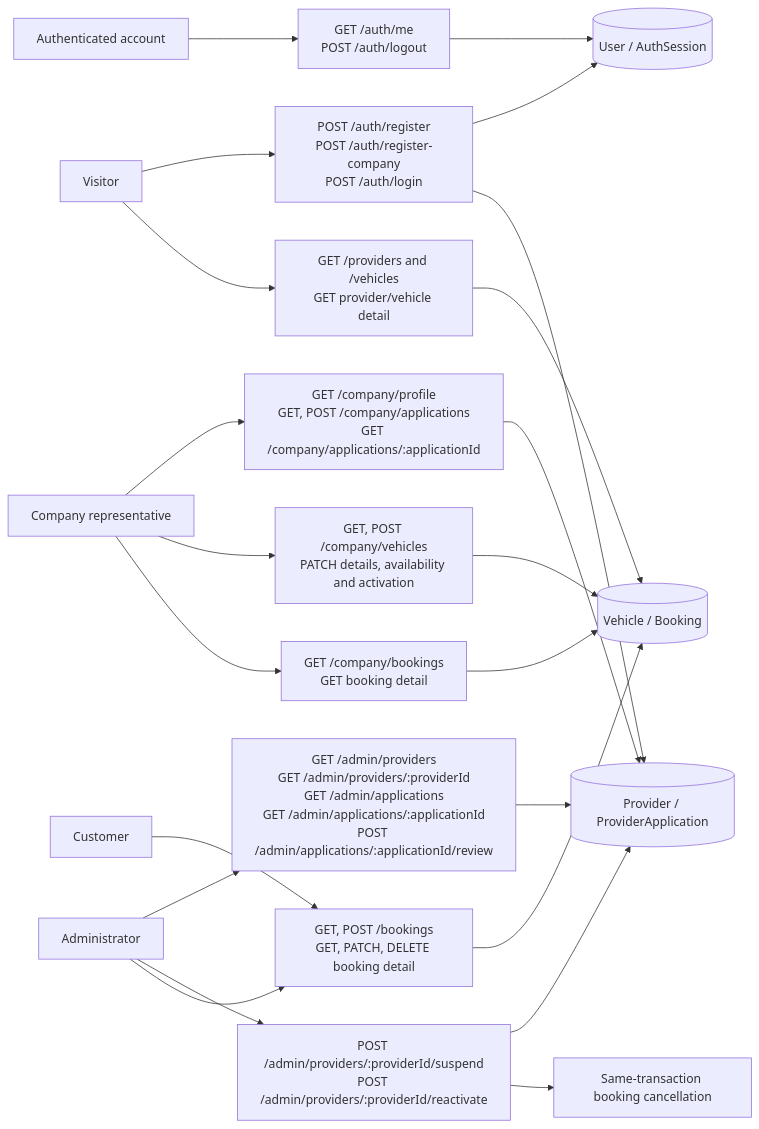
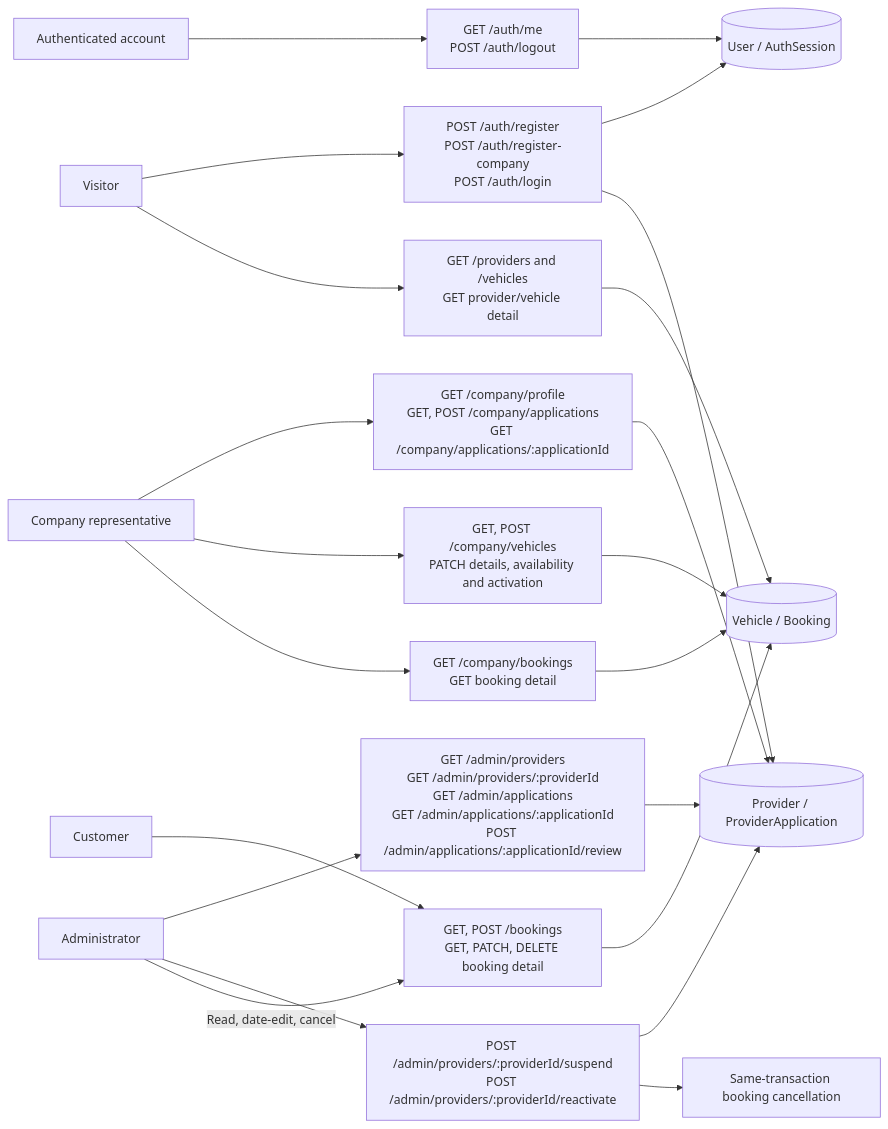
The diagram in docs/diagrams/api.md (kormuyang/swdevprac1-project-dobby), drawn with Mermaid before and after one commit. The commit also changed 6 other files, not shown here.

````diff
--- a/docs/diagrams/api.md
+++ b/docs/diagrams/api.md
@@ -5,24 +5,24 @@
 ```mermaid
 flowchart LR
     Visitor[Visitor] --> Auth["POST /auth/register<br/>POST /auth/register-company<br/>POST /auth/login"]
     Account[Authenticated account] --> Session["GET /auth/me<br/>POST /auth/logout"]
     Company[Company representative] --> Own["GET /company/profile<br/>GET, POST /company/applications<br/>GET /company/applications/:applicationId"]
     Admin[Administrator] --> Review["GET /admin/providers<br/>GET /admin/providers/:providerId<br/>GET /admin/applications<br/>GET /admin/applications/:applicationId<br/>POST /admin/applications/:applicationId/review"]
     Admin --> Lifecycle["POST /admin/providers/:providerId/suspend<br/>POST /admin/providers/:providerId/reactivate"]
     Visitor --> Discovery["GET /providers and /vehicles<br/>GET provider/vehicle detail"]
     Company --> Vehicles["GET, POST /company/vehicles<br/>PATCH details, availability and activation"]
     Customer[Customer] --> Bookings["GET, POST /bookings<br/>GET, PATCH, DELETE booking detail"]
     Company --> CompanyBookings["GET /company/bookings<br/>GET booking detail"]
-    Admin --> Bookings
+    Admin -->|Read, date-edit, cancel| Bookings
     Vehicles --> Rentals[(Vehicle / Booking)]
     Bookings --> Rentals
     CompanyBookings --> Rentals
     Discovery --> Rentals
     Auth --> Users[(User / AuthSession)]
     Session --> Users
     Auth --> Providers[(Provider / ProviderApplication)]
     Own --> Providers
     Review --> Providers
     Lifecycle --> Providers
     Lifecycle --> Cancellation[Same-transaction booking cancellation]
 ```
````
